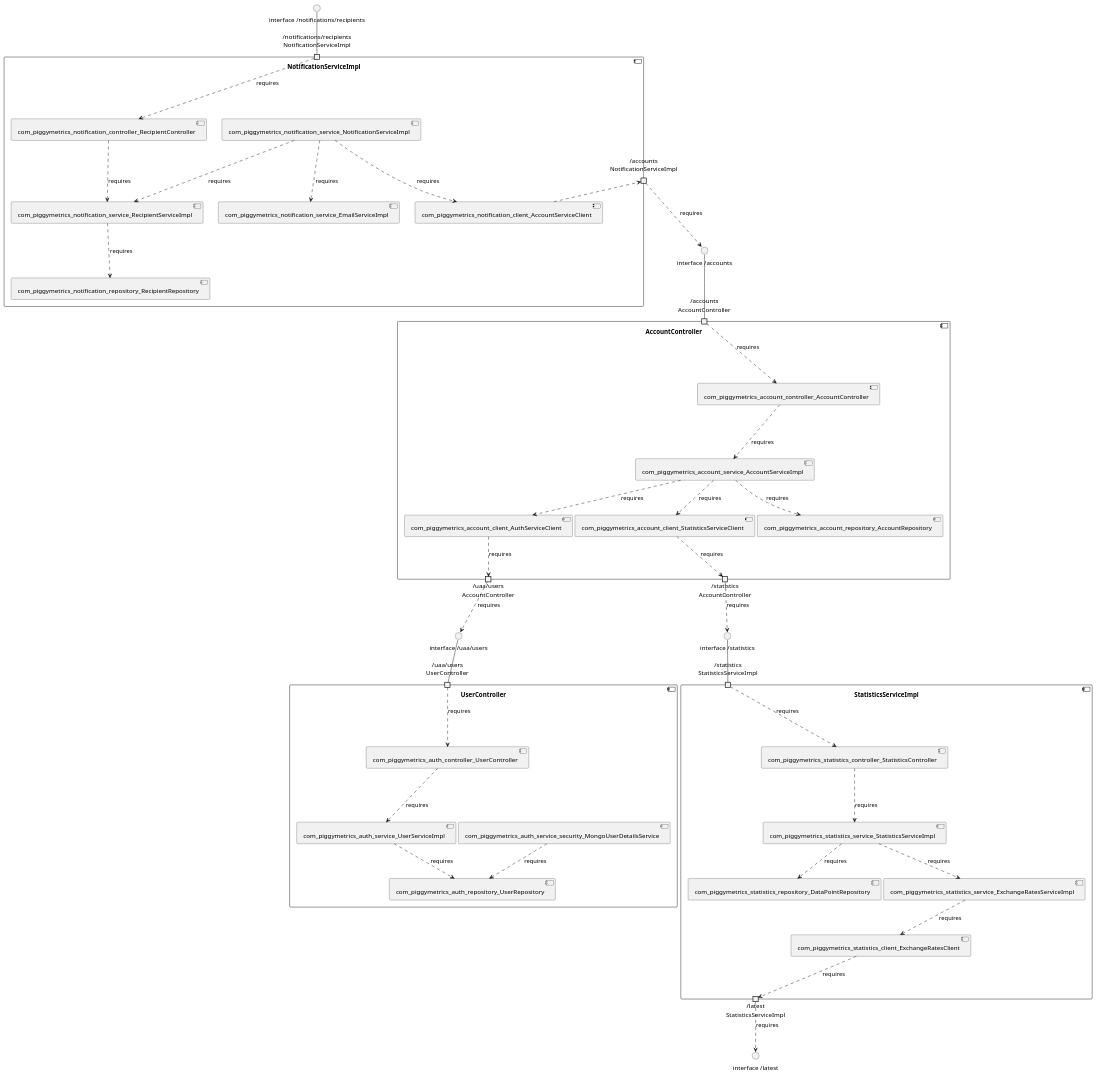
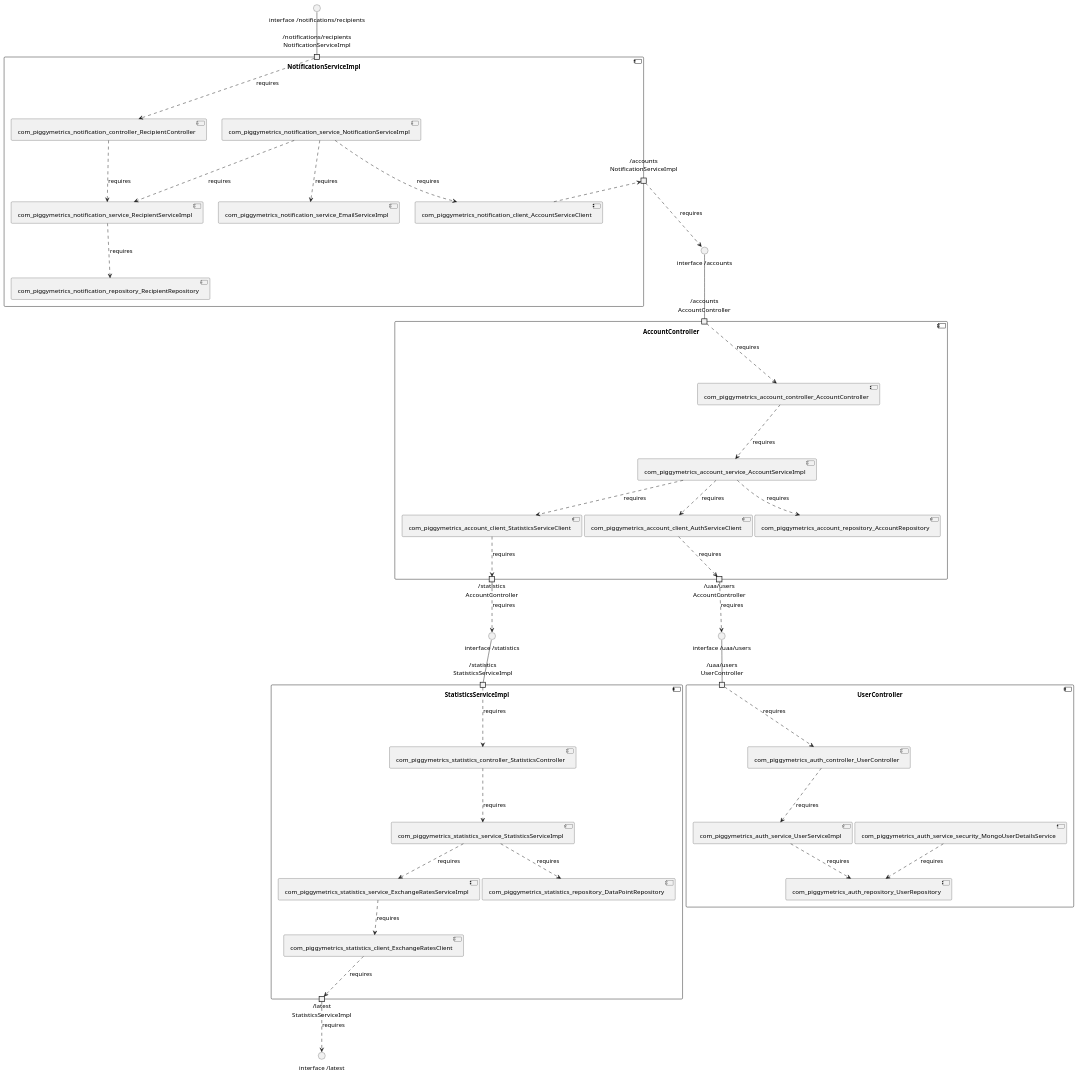
One commit to View-Based-Reverse-Engineering/Retriever-Benchmark changed the diagram in piggymetrics/model_re/uml/componentDiagram.puml. Above: the diagram before and after it, drawn with PlantUML. The commit also changed 44 other files, not shown here.

```diff
--- a/piggymetrics/model_re/uml/componentDiagram.puml
+++ b/piggymetrics/model_re/uml/componentDiagram.puml
@@ -1,69 +1,72 @@
+@startuml
 skinparam fixCircleLabelOverlapping true
 component "AccountController\n\n\n\n\n\n" {
+[com_piggymetrics_account_repository_AccountRepository]
 [com_piggymetrics_account_controller_AccountController]
-[com_piggymetrics_account_repository_AccountRepository]
 [com_piggymetrics_account_service_AccountServiceImpl]
 [com_piggymetrics_account_client_StatisticsServiceClient]
 [com_piggymetrics_account_client_AuthServiceClient]
 portin "/accounts\nAccountController"
+portout "/statistics\nAccountController"
 portout "/uaa/users\nAccountController"
-portout "/statistics\nAccountController"
 [com_piggymetrics_account_service_AccountServiceImpl]..>[com_piggymetrics_account_client_StatisticsServiceClient] : requires
 [com_piggymetrics_account_service_AccountServiceImpl]..>[com_piggymetrics_account_client_AuthServiceClient] : requires
 [com_piggymetrics_account_service_AccountServiceImpl]..>[com_piggymetrics_account_repository_AccountRepository] : requires
 [com_piggymetrics_account_controller_AccountController]..>[com_piggymetrics_account_service_AccountServiceImpl] : requires
 "/accounts\nAccountController"..>[com_piggymetrics_account_controller_AccountController] : requires
 [com_piggymetrics_account_client_AuthServiceClient]..>"/uaa/users\nAccountController" : requires
 [com_piggymetrics_account_client_StatisticsServiceClient]..>"/statistics\nAccountController" : requires
 }
 "interface /accounts"--"/accounts\nAccountController"
 "/uaa/users\nAccountController"..>"interface /uaa/users" : requires
 "/statistics\nAccountController"..>"interface /statistics" : requires
 component "NotificationServiceImpl\n\n\n\n\n\n" {
+[com_piggymetrics_notification_service_EmailServiceImpl]
 [com_piggymetrics_notification_repository_RecipientRepository]
 [com_piggymetrics_notification_service_RecipientServiceImpl]
-[com_piggymetrics_notification_service_EmailServiceImpl]
 [com_piggymetrics_notification_controller_RecipientController]
 [com_piggymetrics_notification_client_AccountServiceClient]
 [com_piggymetrics_notification_service_NotificationServiceImpl]
 portin "/notifications/recipients\nNotificationServiceImpl"
 portout "/accounts\nNotificationServiceImpl"
 [com_piggymetrics_notification_service_NotificationServiceImpl]..>[com_piggymetrics_notification_client_AccountServiceClient] : requires
 [com_piggymetrics_notification_service_NotificationServiceImpl]..>[com_piggymetrics_notification_service_EmailServiceImpl] : requires
 [com_piggymetrics_notification_service_RecipientServiceImpl]..>[com_piggymetrics_notification_repository_RecipientRepository] : requires
 [com_piggymetrics_notification_controller_RecipientController]..>[com_piggymetrics_notification_service_RecipientServiceImpl] : requires
 [com_piggymetrics_notification_service_NotificationServiceImpl]..>[com_piggymetrics_notification_service_RecipientServiceImpl] : requires
 "/notifications/recipients\nNotificationServiceImpl"..>[com_piggymetrics_notification_controller_RecipientController] : requires
 [com_piggymetrics_notification_client_AccountServiceClient]..>"/accounts\nNotificationServiceImpl" : requires
 }
 "interface /notifications/recipients"--"/notifications/recipients\nNotificationServiceImpl"
 "/accounts\nNotificationServiceImpl"..>"interface /accounts" : requires
 component "StatisticsServiceImpl\n\n\n\n\n\n" {
 [com_piggymetrics_statistics_client_ExchangeRatesClient]
+[com_piggymetrics_statistics_repository_DataPointRepository]
 [com_piggymetrics_statistics_service_ExchangeRatesServiceImpl]
 [com_piggymetrics_statistics_service_StatisticsServiceImpl]
 [com_piggymetrics_statistics_controller_StatisticsController]
-[com_piggymetrics_statistics_repository_DataPointRepository]
 portin "/statistics\nStatisticsServiceImpl"
 portout "/latest\nStatisticsServiceImpl"
 [com_piggymetrics_statistics_service_StatisticsServiceImpl]..>[com_piggymetrics_statistics_repository_DataPointRepository] : requires
 [com_piggymetrics_statistics_service_StatisticsServiceImpl]..>[com_piggymetrics_statistics_service_ExchangeRatesServiceImpl] : requires
 [com_piggymetrics_statistics_service_ExchangeRatesServiceImpl]..>[com_piggymetrics_statistics_client_ExchangeRatesClient] : requires
 [com_piggymetrics_statistics_controller_StatisticsController]..>[com_piggymetrics_statistics_service_StatisticsServiceImpl] : requires
 "/statistics\nStatisticsServiceImpl"..>[com_piggymetrics_statistics_controller_StatisticsController] : requires
 [com_piggymetrics_statistics_client_ExchangeRatesClient]..>"/latest\nStatisticsServiceImpl" : requires
 }
 "interface /statistics"--"/statistics\nStatisticsServiceImpl"
 "/latest\nStatisticsServiceImpl"..>"interface /latest" : requires
 component "UserController\n\n\n\n\n\n" {
+[com_piggymetrics_auth_repository_UserRepository]
 [com_piggymetrics_auth_service_UserServiceImpl]
-[com_piggymetrics_auth_repository_UserRepository]
 [com_piggymetrics_auth_controller_UserController]
 [com_piggymetrics_auth_service_security_MongoUserDetailsService]
 portin "/uaa/users\nUserController"
 [com_piggymetrics_auth_controller_UserController]..>[com_piggymetrics_auth_service_UserServiceImpl] : requires
 [com_piggymetrics_auth_service_UserServiceImpl]..>[com_piggymetrics_auth_repository_UserRepository] : requires
 [com_piggymetrics_auth_service_security_MongoUserDetailsService]..>[com_piggymetrics_auth_repository_UserRepository] : requires
 "/uaa/users\nUserController"..>[com_piggymetrics_auth_controller_UserController] : requires
 }
 "interface /uaa/users"--"/uaa/users\nUserController"
+
+@enduml
```
